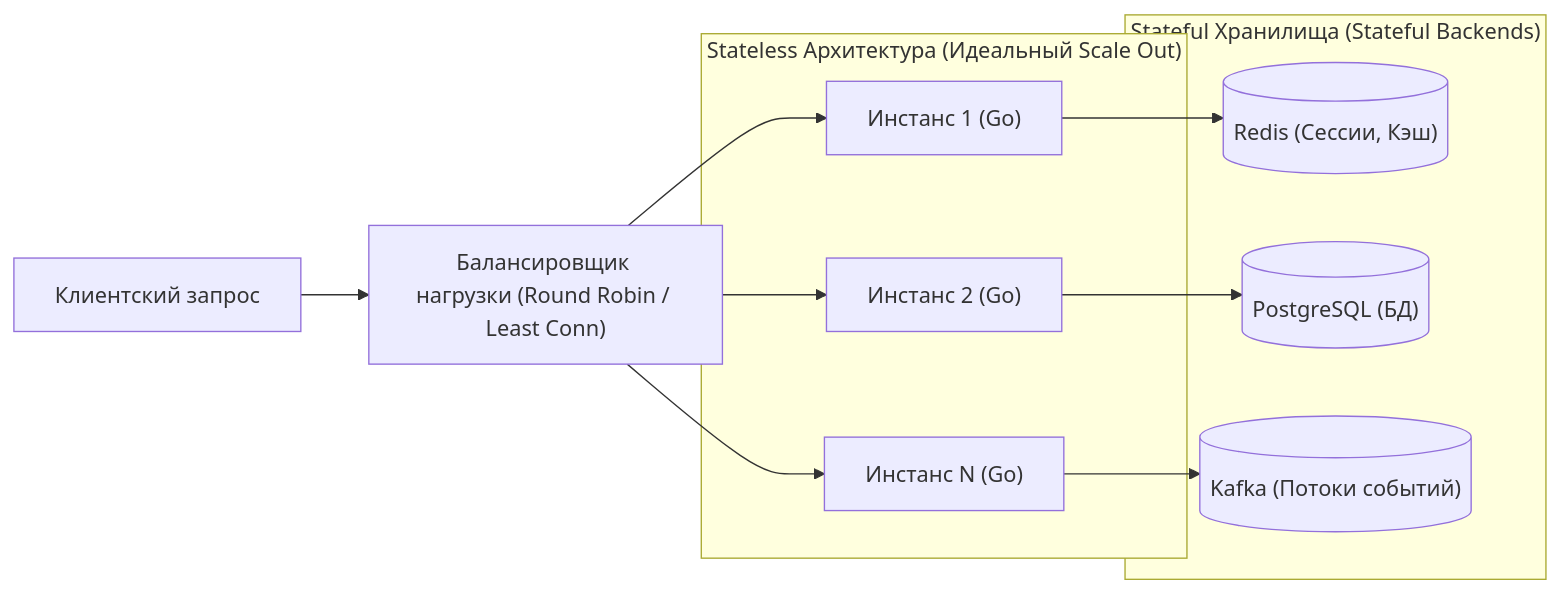
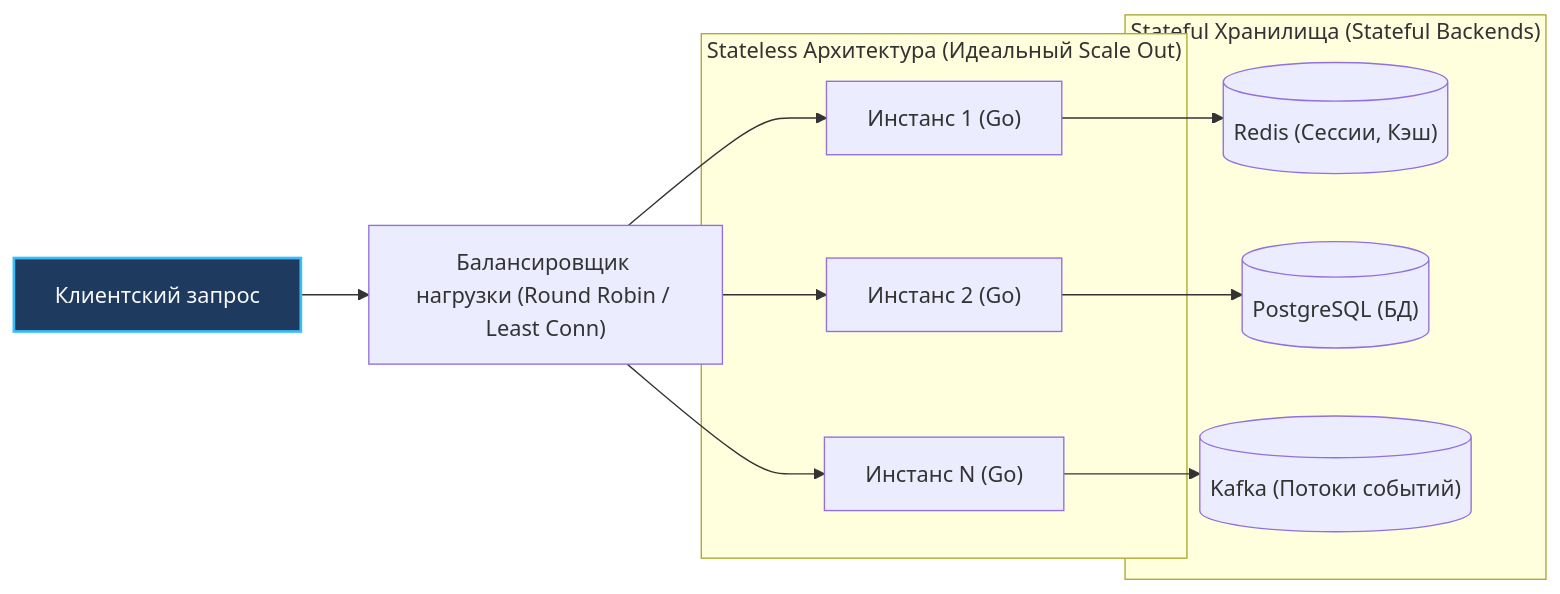
Before and after one commit to UnrealTemplier/go-textbook: the first of 2 diagrams in sources/11. Архитектура и System Design/7. Stateless vs Stateful сервисы.md, drawn with Mermaid. The commit also changed other lines of this file and 1666 other files, not shown here.

First line of the commit message:
feat(mermaid): add semantic color classDef to 1369 colorless flowchart/graph diagrams

````diff
--- a/sources/11. Архитектура и System Design/7. Stateless vs Stateful сервисы.md
+++ b/sources/11. Архитектура и System Design/7. Stateless vs Stateful сервисы.md
@@ -16,26 +16,36 @@
 ```mermaid
 flowchart LR
+    classDef process  fill:#1e293b,stroke:#38bdf8,stroke-width:1px,color:#f8fafc
+    classDef success  fill:#064e3b,stroke:#34d399,stroke-width:1px,color:#f8fafc
+    classDef error    fill:#7f1d1d,stroke:#f87171,stroke-width:1px,color:#f8fafc
+    classDef warning  fill:#78350f,stroke:#fbbf24,stroke-width:1px,color:#f8fafc
+    classDef entry    fill:#1e3a5f,stroke:#38bdf8,stroke-width:2px,color:#f8fafc
+    classDef aux      fill:#334155,stroke:#64748b,stroke-width:1px,color:#f8fafc
+    classDef system   fill:#312e81,stroke:#a78bfa,stroke-width:1px,color:#f8fafc
+    classDef data     fill:#132d29,stroke:#2dd4bf,stroke-width:1px,color:#f8fafc
+    classDef network  fill:#881337,stroke:#fb7185,stroke-width:1px,color:#f8fafc
+    classDef accent   fill:#1e1b4b,stroke:#818cf8,stroke-width:1px,color:#f8fafc
     subgraph Stateless["Stateless Архитектура (Идеальный Scale Out)"]
         S1["Инстанс 1 (Go)"]
         S2["Инстанс 2 (Go)"]
         S3["Инстанс N (Go)"]
     end
 
     subgraph Stateful["Stateful Хранилища (Stateful Backends)"]
         R[("Redis (Сессии, Кэш)")]
         DB[("PostgreSQL (БД)")]
         K[("Kafka (Потоки событий)")]
     end
 
     LB["Балансировщик нагрузки (Round Robin / Least Conn)"]
-    Client["Клиентский запрос"]
+    Client["Клиентский запрос"]:::entry
 
     Client --> LB
     LB --> S1
     LB --> S2
     LB --> S3
     
     S1 --> R
     S2 --> DB
     S3 --> K
 ```
````
